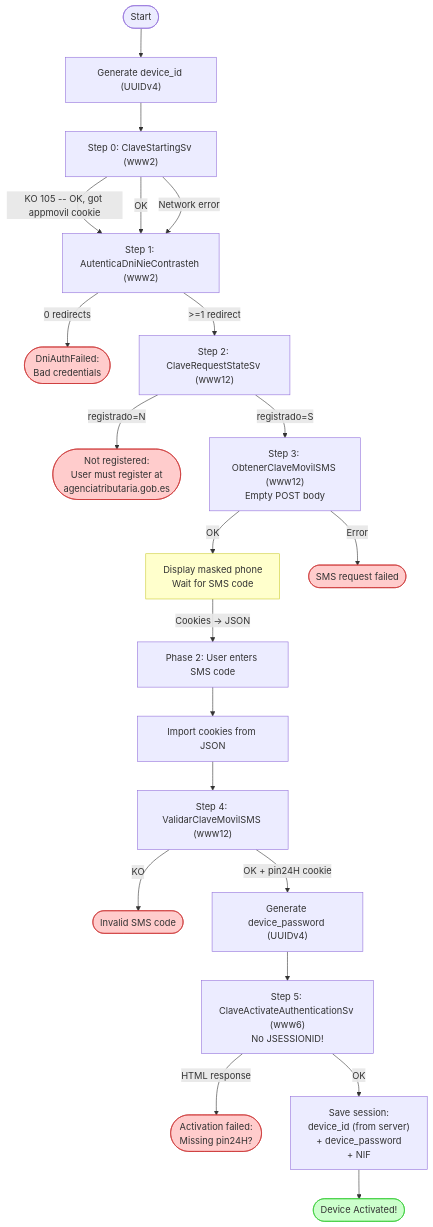
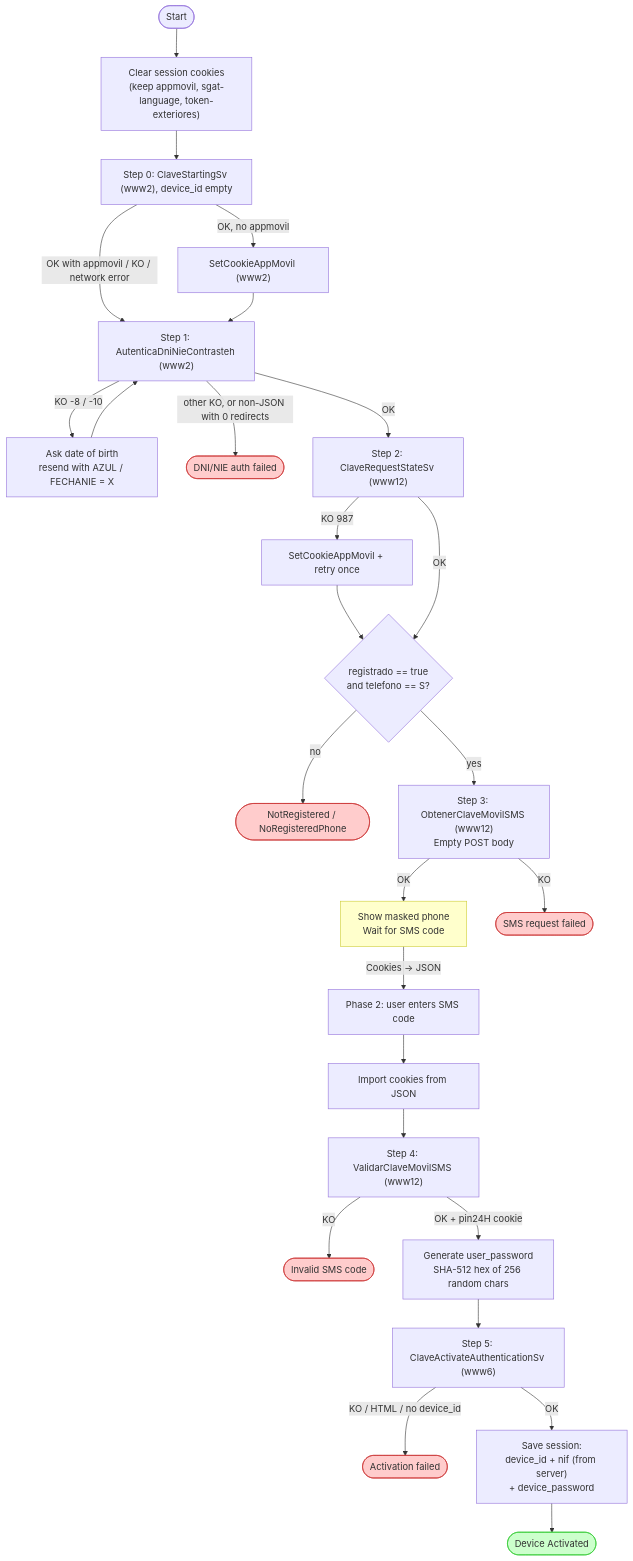
Before and after one commit to gabela-io/llave: the fourth of 4 diagrams in book/src/authentication-flows/dni-nie-sms-activation.md, drawn with Mermaid. The commit also changed other lines of this file and 27 other files, not shown here.

````diff
--- a/book/src/authentication-flows/dni-nie-sms-activation.md
+++ b/book/src/authentication-flows/dni-nie-sms-activation.md
@@ -392,40 +336,44 @@
 ```mermaid
 flowchart TD
-    Start([Start]) --> GenUUID["Generate device_id (UUIDv4)"]
-    GenUUID --> S0["Step 0: ClaveStartingSv (www2)"]
-    S0 -->|"KO 105 -- OK, got appmovil cookie"| S1
-    S0 -->|"OK"| S1
-    S0 -->|"Network error"| S1["Step 1: AutenticaDniNieContrasteh (www2)"]
+    Start([Start]) --> Clear["Clear session cookies<br/>(keep appmovil, sgat-language, token-exteriores)"]
+    Clear --> S0["Step 0: ClaveStartingSv (www2), device_id empty"]
+    S0 -->|"OK, no appmovil"| SCA["SetCookieAppMovil (www2)"]
+    S0 -->|"OK with appmovil / KO / network error"| S1
+    SCA --> S1["Step 1: AutenticaDniNieContrasteh (www2)"]
 
-    S1 -->|"0 redirects"| Fail1([DniAuthFailed:<br/>Bad credentials])
-    S1 -->|">=1 redirect"| S2["Step 2: ClaveRequestStateSv (www12)"]
+    S1 -->|"KO -8 / -10"| Birth["Ask date of birth<br/>resend with AZUL / FECHANIE = X"]
+    Birth --> S1
+    S1 -->|"other KO, or non-JSON with 0 redirects"| Fail1([DNI/NIE auth failed])
+    S1 -->|"OK"| S2["Step 2: ClaveRequestStateSv (www12)"]
 
-    S2 -->|"registrado=N"| Fail2([Not registered:<br/>User must register at<br/>agenciatributaria.gob.es])
-    S2 -->|"registrado=S"| S3["Step 3: ObtenerClaveMovilSMS (www12)<br/>Empty POST body"]
+    S2 -->|"KO 987"| Retry["SetCookieAppMovil + retry once"]
+    Retry --> S2b{"registrado == true<br/>and telefono == S?"}
+    S2 -->|"OK"| S2b
+    S2b -->|"no"| Fail2([NotRegistered / NoRegisteredPhone])
+    S2b -->|"yes"| S3["Step 3: ObtenerClaveMovilSMS (www12)<br/>Empty POST body"]
 
-    S3 -->|"OK"| Wait["Display masked phone<br/>Wait for SMS code"]
-    S3 -->|"Error"| Fail3([SMS request failed])
+    S3 -->|"OK"| Wait["Show masked phone<br/>Wait for SMS code"]
+    S3 -->|"KO"| Fail3([SMS request failed])
 
-    Wait -->|"Cookies -> JSON"| Phase2["Phase 2: User enters SMS code"]
-
+    Wait -->|"Cookies -> JSON"| Phase2["Phase 2: user enters SMS code"]
     Phase2 --> Import["Import cookies from JSON"]
     Import --> S4["Step 4: ValidarClaveMovilSMS (www12)"]
 
     S4 -->|"KO"| Fail4([Invalid SMS code])
-    S4 -->|"OK + pin24H cookie"| GenPwd["Generate device_password (UUIDv4)"]
+    S4 -->|"OK + pin24H cookie"| GenPwd["Generate user_password<br/>SHA-512 hex of 256 random chars"]
 
-    GenPwd --> S5["Step 5: ClaveActivateAuthenticationSv (www6)<br/>No JSESSIONID!"]
+    GenPwd --> S5["Step 5: ClaveActivateAuthenticationSv (www6)"]
 
-    S5 -->|"HTML response"| Fail5([Activation failed:<br/>Missing pin24H?])
-    S5 -->|"OK"| Save["Save session:<br/>device_id (from server)<br/>+ device_password<br/>+ NIF"]
+    S5 -->|"KO / HTML / no device_id"| Fail5([Activation failed])
+    S5 -->|"OK"| Save["Save session:<br/>device_id + nif (from server)<br/>+ device_password"]
 
-    Save --> Done([Device Activated!])
+    Save --> Done([Device Activated])
 
     style Fail1 fill:#fcc,stroke:#c33
     style Fail2 fill:#fcc,stroke:#c33
     style Fail3 fill:#fcc,stroke:#c33
     style Fail4 fill:#fcc,stroke:#c33
     style Fail5 fill:#fcc,stroke:#c33
     style Done fill:#cfc,stroke:#3c3
     style Wait fill:#ffc,stroke:#cc3
 ```
````
